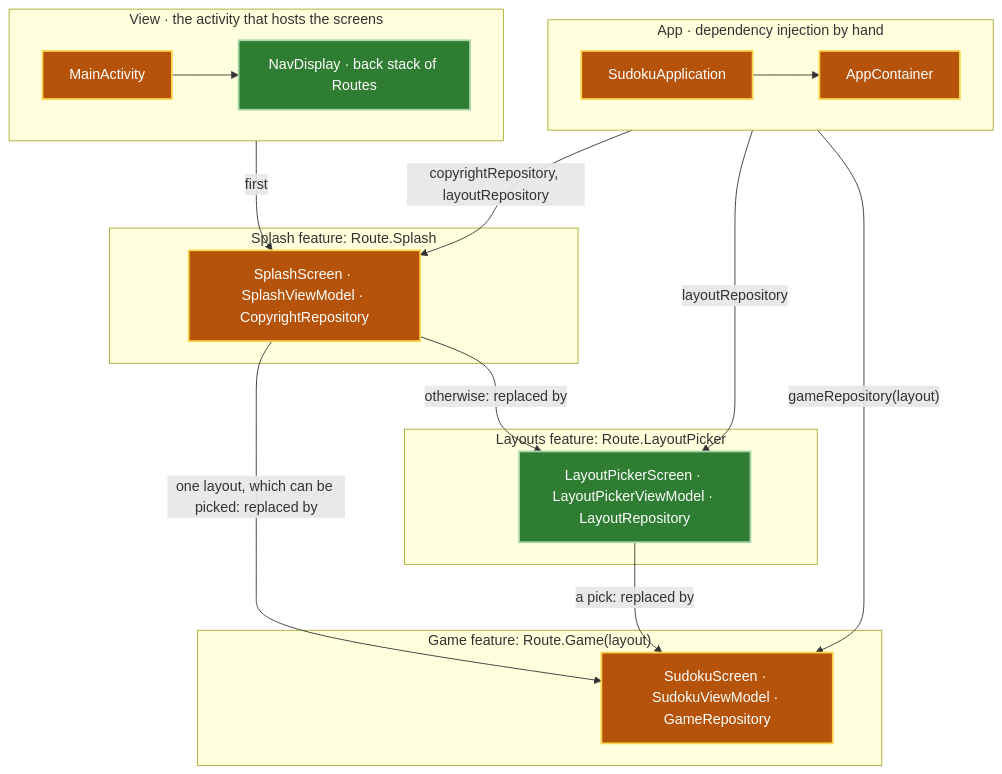
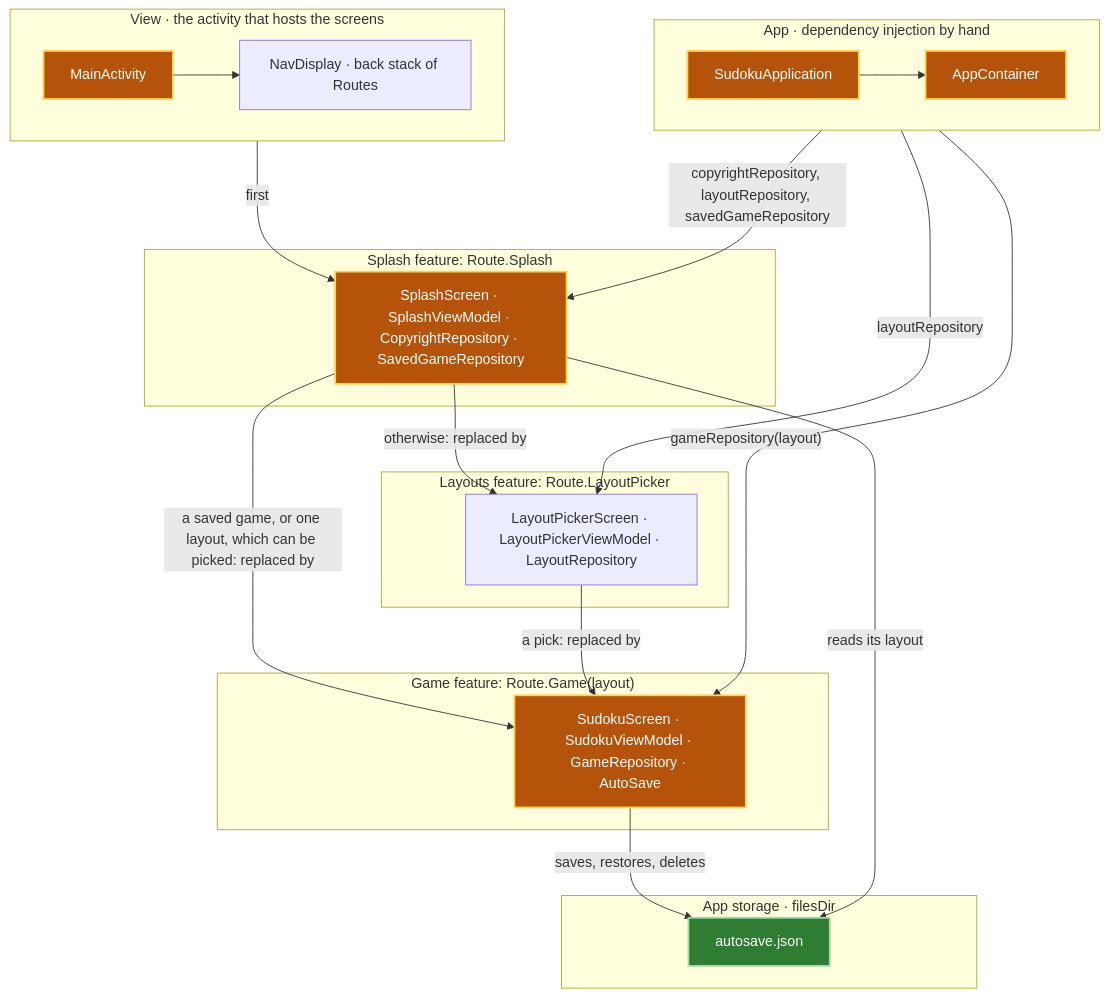
The first of 8 diagrams in android/docs/architecture.md (aivanov61/sudoku-solver), drawn with Mermaid before and after one commit. The commit also changed other lines of this file and 22 other files, not shown here.

Commit message:
Auto-save the game in progress to the app's storage whenever the app is stopped, restore it when the game starts and resume its layout from the splash, keeping with a warning a save file that can't be restored until there is something to save.

````diff
--- a/android/docs/architecture.md
+++ b/android/docs/architecture.md
@@ -23,37 +28,43 @@
 ```mermaid
 flowchart TB
     subgraph App["App · dependency injection by hand"]
         direction LR
-        SudokuApplication --> AppContainer["AppContainer"]
+        SudokuApplication --> AppContainer
     end
 
     subgraph Host["View · the activity that hosts the screens"]
         direction LR
-        MainActivity --> NavDisplay["NavDisplay · back stack of Routes"]
+        MainActivity["MainActivity"] --> NavDisplay["NavDisplay · back stack of Routes"]
     end
 
     subgraph Splash["Splash feature: Route.Splash"]
-        SplashFeature["SplashScreen · SplashViewModel · CopyrightRepository"]
+        SplashFeature["SplashScreen · SplashViewModel · CopyrightRepository · SavedGameRepository"]
     end
 
     subgraph Layouts["Layouts feature: Route.LayoutPicker"]
         LayoutsFeature["LayoutPickerScreen · LayoutPickerViewModel · LayoutRepository"]
     end
 
     subgraph Game["Game feature: Route.Game(layout)"]
-        GameFeature["SudokuScreen · SudokuViewModel · GameRepository"]
+        GameFeature["SudokuScreen · SudokuViewModel · GameRepository · AutoSave"]
+    end
+
+    subgraph Storage["App storage · filesDir"]
+        AutoSaveFile["autosave.json"]
     end
 
     NavDisplay -- "first" --> SplashFeature
-    SplashFeature -- "one layout, which can be picked: replaced by" --> GameFeature
+    SplashFeature -- "a saved game, or one layout, which can be picked: replaced by" --> GameFeature
     SplashFeature -- "otherwise: replaced by" --> LayoutsFeature
     LayoutsFeature -- "a pick: replaced by" --> GameFeature
-    AppContainer -- "copyrightRepository, layoutRepository" --> SplashFeature
+    AppContainer -- "copyrightRepository, layoutRepository, savedGameRepository" --> SplashFeature
     AppContainer -- "layoutRepository" --> LayoutsFeature
     AppContainer -- "gameRepository(layout)" --> GameFeature
+    GameFeature -- "saves, restores, deletes" --> AutoSaveFile
+    SplashFeature -- "reads its layout" --> AutoSaveFile
 
     classDef new fill:#2e7d32,stroke:#a5d6a7,stroke-width:2px,color:#ffffff
     classDef changed fill:#b45309,stroke:#fcd34d,stroke-width:2px,color:#ffffff
-    class NavDisplay,LayoutsFeature new
+    class AutoSaveFile new
     class SudokuApplication,AppContainer,MainActivity,SplashFeature,GameFeature changed
 ```
````
